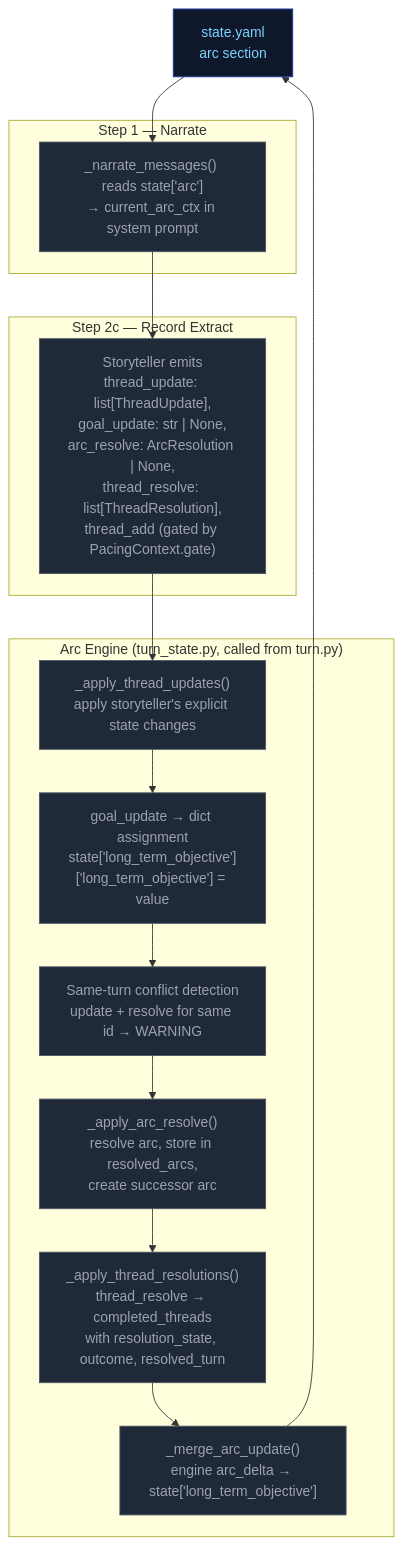
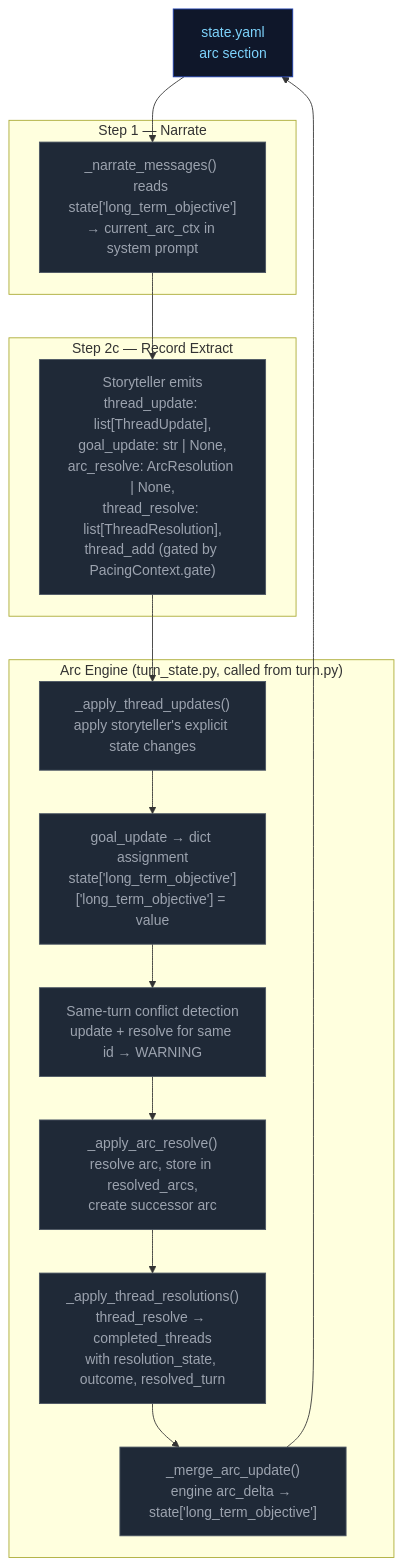
Before and after one commit to pww217/fablethread: the third of 3 diagrams in docs/architecture/step2c-record.md, drawn with Mermaid. The commit also changed other lines of this file and 39 other files, not shown here.

````diff
--- a/docs/architecture/step2c-record.md
+++ b/docs/architecture/step2c-record.md
@@ -148,34 +148,34 @@
 ```mermaid
 flowchart TD
     classDef stageRules fill:#4c1d95,color:#ddd6fe,stroke:#7c3aed
     classDef stageNarrate fill:#1e3a5f,color:#bfdbfe,stroke:#3b82f6
     classDef stageProgress fill:#500724,color:#fbcfe8,stroke:#ec4899
     classDef pyNode fill:#1f2937,color:#9ca3af,stroke:#4b5563
     classDef arcNode fill:#3b0764,color:#e9d5ff,stroke:#7c3aed
     classDef storageNode fill:#0f172a,color:#7dd3fc,stroke:#1e40af
 
     STATE["state.yaml<br>arc section"]:::storageNode
 
     subgraph NARRATE["Step 1 — Narrate"]
-        N1["_narrate_messages() reads state['arc']<br>→ current_arc_ctx in system prompt"]:::pyNode
+        N1["_narrate_messages() reads state['long_term_objective']<br>→ current_arc_ctx in system prompt"]:::pyNode
     end
 
     subgraph EXTRACT["Step 2c — Record Extract"]
         E1["Storyteller emits<br>thread_update: list[ThreadUpdate],<br>goal_update: str | None,<br>arc_resolve: ArcResolution | None,<br>thread_resolve: list[ThreadResolution],<br>thread_add (gated by PacingContext.gate)"]:::pyNode
     end
 
     subgraph ARC_ENGINE["Arc Engine (turn_state.py, called from turn.py)"]
         A1["_apply_thread_updates()<br>apply storyteller's explicit state changes"]:::pyNode
         A2["goal_update → dict assignment<br>state['long_term_objective']['long_term_objective'] = value"]:::pyNode
         A3["Same-turn conflict detection<br>update + resolve for same id → WARNING"]:::pyNode
         A4["_apply_arc_resolve()<br>resolve arc, store in resolved_arcs,<br>create successor arc"]:::pyNode
         A5["_apply_thread_resolutions()<br>thread_resolve → completed_threads<br>with resolution_state, outcome, resolved_turn"]:::pyNode
         A6["_merge_arc_update()<br>engine arc_delta → state['long_term_objective']"]:::pyNode
     end
 
     STATE --> N1
     N1 --> E1
     E1 --> A1 --> A2 --> A3 --> A4 --> A5 --> A6
 
     A6 --> STATE
 ```
````
